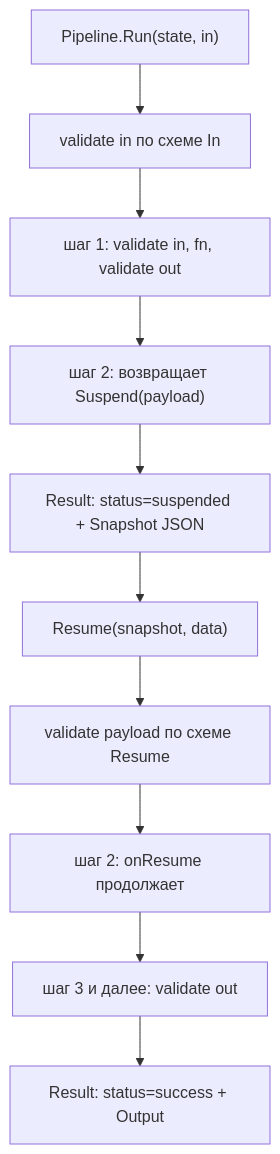
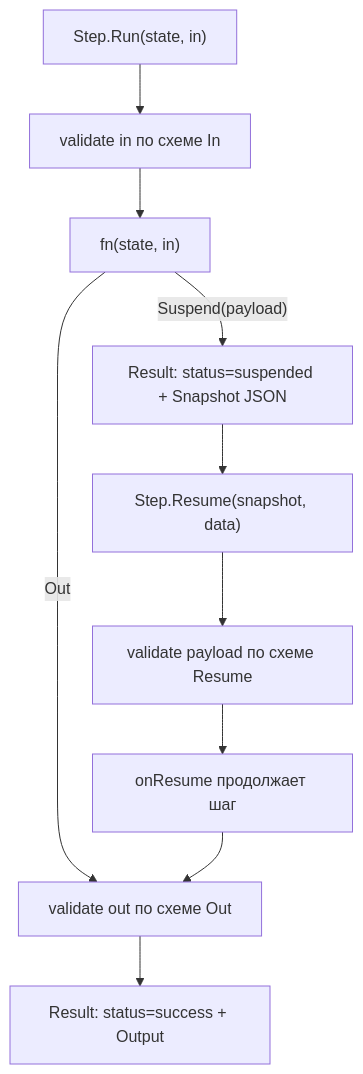
One commit to KirillYuzh/Gobellim changed the diagram in docs/concepts/flow.md. Above: the diagram before and after it, drawn with Mermaid. The commit also changed other lines of this file and 36 other files, not shown here.

````diff
--- a/docs/concepts/flow.md
+++ b/docs/concepts/flow.md
@@ -129,12 +129,12 @@
 ```mermaid
 flowchart TD
-    A["Pipeline.Run(state, in)"] --> B["validate in по схеме In"]
-    B --> C["шаг 1: validate in, fn, validate out"]
-    C --> D["шаг 2: возвращает Suspend(payload)"]
-    D --> E["Result: status=suspended + Snapshot JSON"]
-    E --> F["Resume(snapshot, data)"]
-    F --> G["validate payload по схеме Resume"]
-    G --> H["шаг 2: onResume продолжает"]
-    H --> I["шаг 3 и далее: validate out"]
-    I --> J["Result: status=success + Output"]
+    A["Step.Run(state, in)"] --> B["validate in по схеме In"]
+    B --> C["fn(state, in)"]
+    C -->|"Suspend(payload)"| D["Result: status=suspended + Snapshot JSON"]
+    D --> E["Step.Resume(snapshot, data)"]
+    E --> F["validate payload по схеме Resume"]
+    F --> G["onResume продолжает шаг"]
+    C -->|"Out"| H["validate out по схеме Out"]
+    G --> H
+    H --> I["Result: status=success + Output"]
 ```
````
